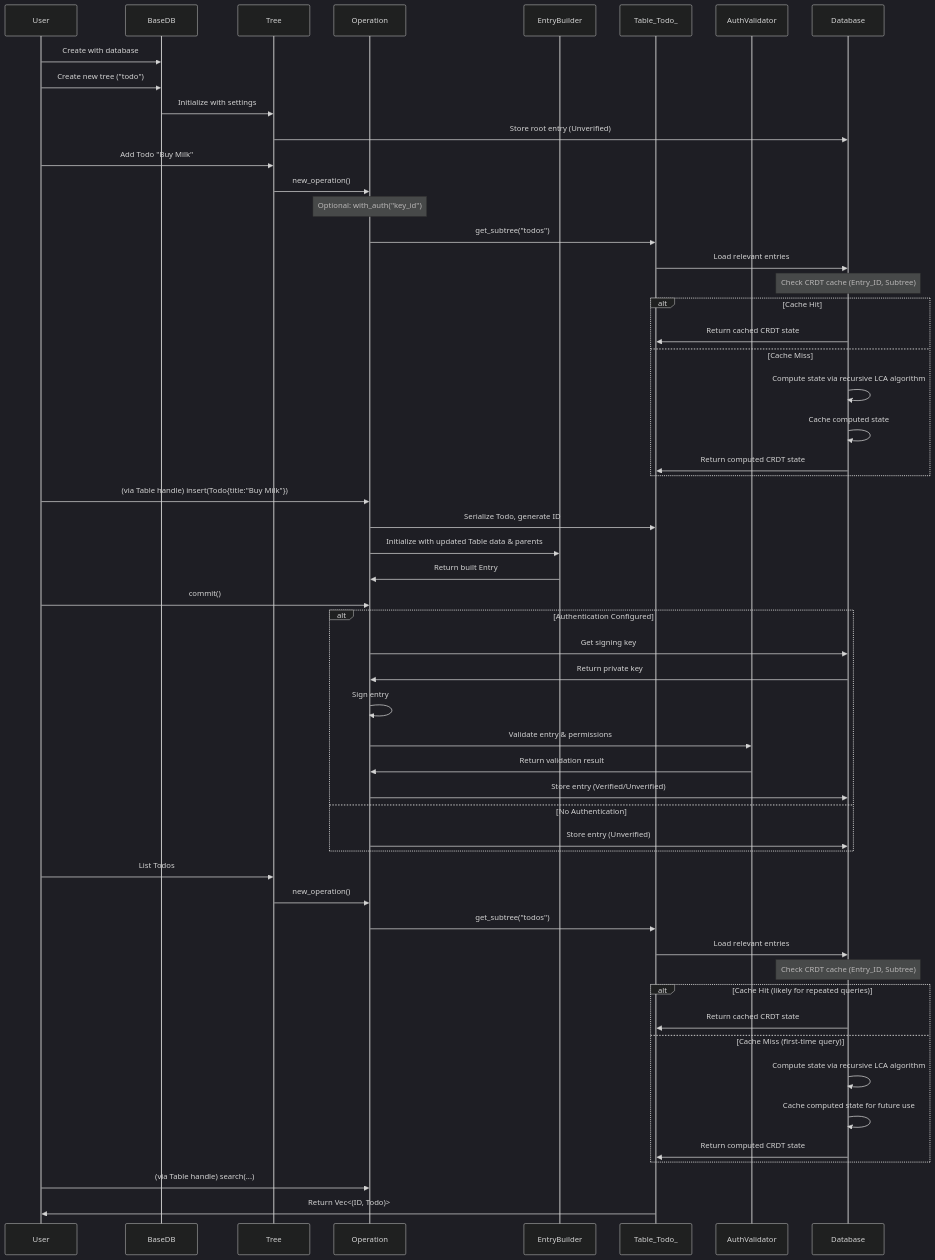
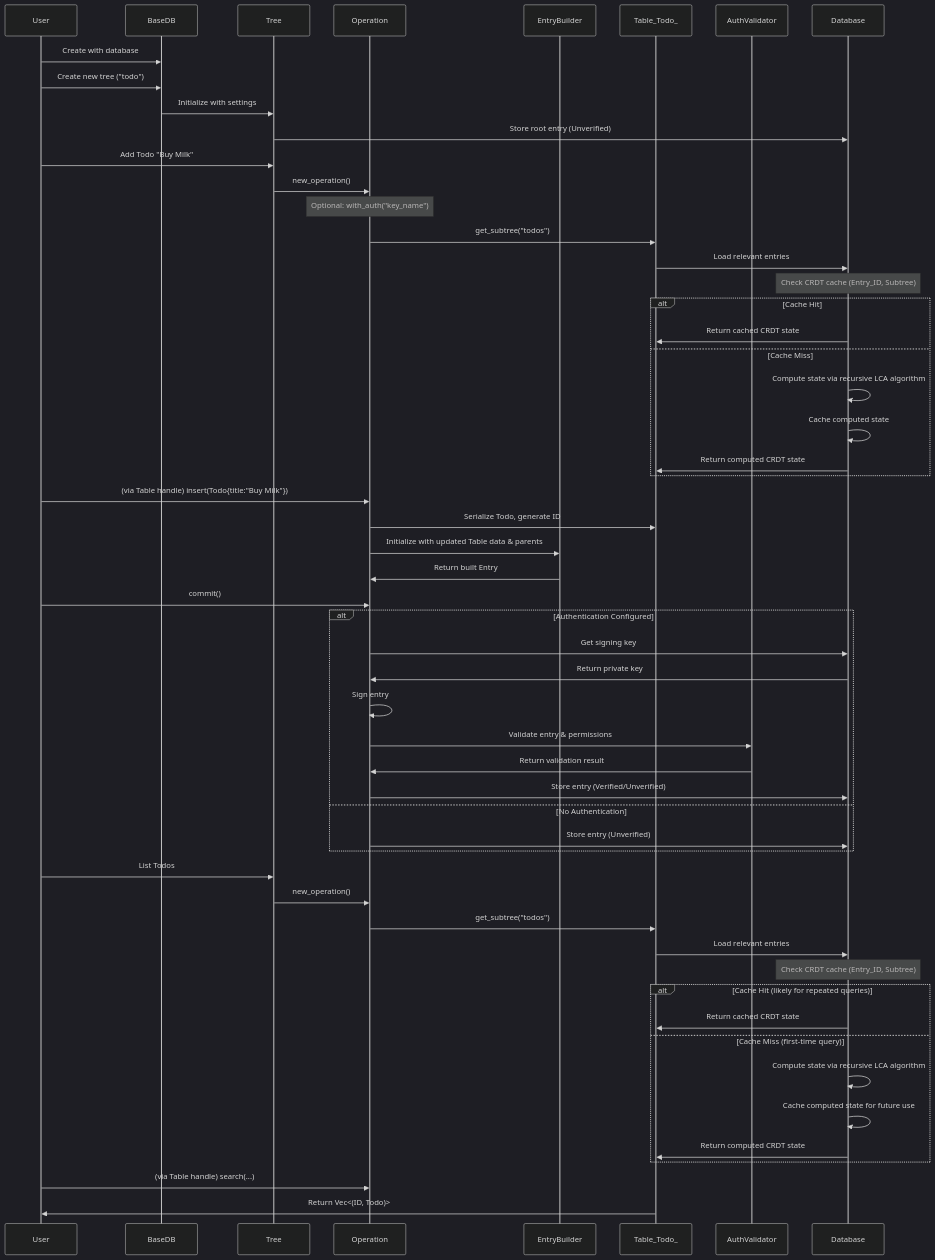
Before and after one commit to arcuru/eidetica: the diagram in docs/src/internal/data_flow.md, drawn with Mermaid (dark theme). The commit also changed other lines of this file and 28 other files, not shown here.

Commit message:
refactor: clarifying the name of the Key Name

````diff
--- a/docs/src/internal/data_flow.md
+++ b/docs/src/internal/data_flow.md
@@ -12,60 +12,60 @@
 ```mermaid
 sequenceDiagram
     participant User
     participant BaseDB
     participant Tree
     participant Operation
     participant EntryBuilder
     participant Table_Todo_
     participant AuthValidator
     participant Database
 
     User->>BaseDB: Create with database
     User->>BaseDB: Create new tree ("todo")
     BaseDB->>Tree: Initialize with settings
     Tree->>Database: Store root entry (Unverified)
     User->>Tree: Add Todo "Buy Milk"
     Tree->>Operation: new_operation()
-    Note over Operation: Optional: with_auth("key_id")
+    Note over Operation: Optional: with_auth("key_name")
     Operation->>Table_Todo_: get_subtree("todos")
     Table_Todo_->>Database: Load relevant entries
     Note over Database: Check CRDT cache (Entry_ID, Subtree)
     alt Cache Hit
         Database->>Table_Todo_: Return cached CRDT state
     else Cache Miss
         Database->>Database: Compute state via recursive LCA algorithm
         Database->>Database: Cache computed state
         Database->>Table_Todo_: Return computed CRDT state
     end
     User->>Operation: (via Table handle) insert(Todo{title:"Buy Milk"})
     Operation->>Table_Todo_: Serialize Todo, generate ID
     Operation->>EntryBuilder: Initialize with updated Table data & parents
     EntryBuilder->>Operation: Return built Entry
     User->>Operation: commit()
 
     alt Authentication Configured
         Operation->>Database: Get signing key
         Database->>Operation: Return private key
         Operation->>Operation: Sign entry
         Operation->>AuthValidator: Validate entry & permissions
         AuthValidator->>Operation: Return validation result
         Operation->>Database: Store entry (Verified/Unverified)
     else No Authentication
         Operation->>Database: Store entry (Unverified)
     end
 
     User->>Tree: List Todos
     Tree->>Operation: new_operation()
     Operation->>Table_Todo_: get_subtree("todos")
     Table_Todo_->>Database: Load relevant entries
     Note over Database: Check CRDT cache (Entry_ID, Subtree)
     alt Cache Hit (likely for repeated queries)
         Database->>Table_Todo_: Return cached CRDT state
     else Cache Miss (first-time query)
         Database->>Database: Compute state via recursive LCA algorithm
         Database->>Database: Cache computed state for future use
         Database->>Table_Todo_: Return computed CRDT state
     end
     User->>Operation: (via Table handle) search(...)
     Table_Todo_->>User: Return Vec<(ID, Todo)>
 ```
````
